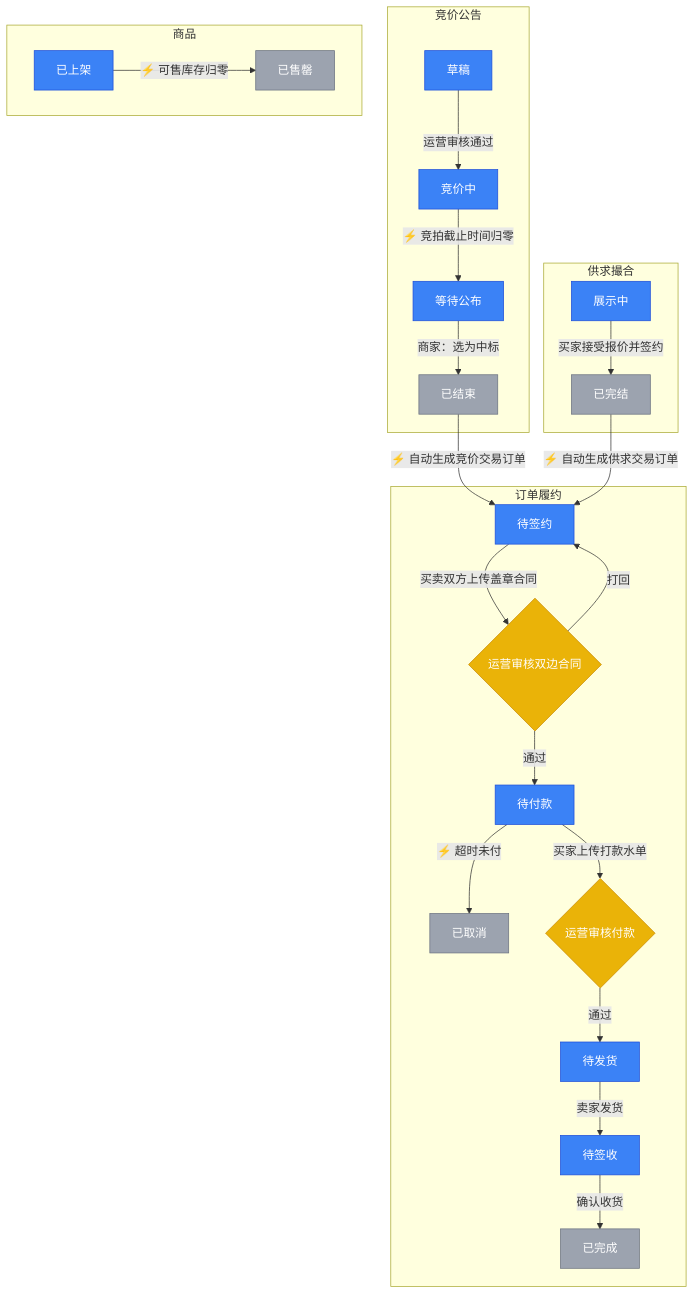
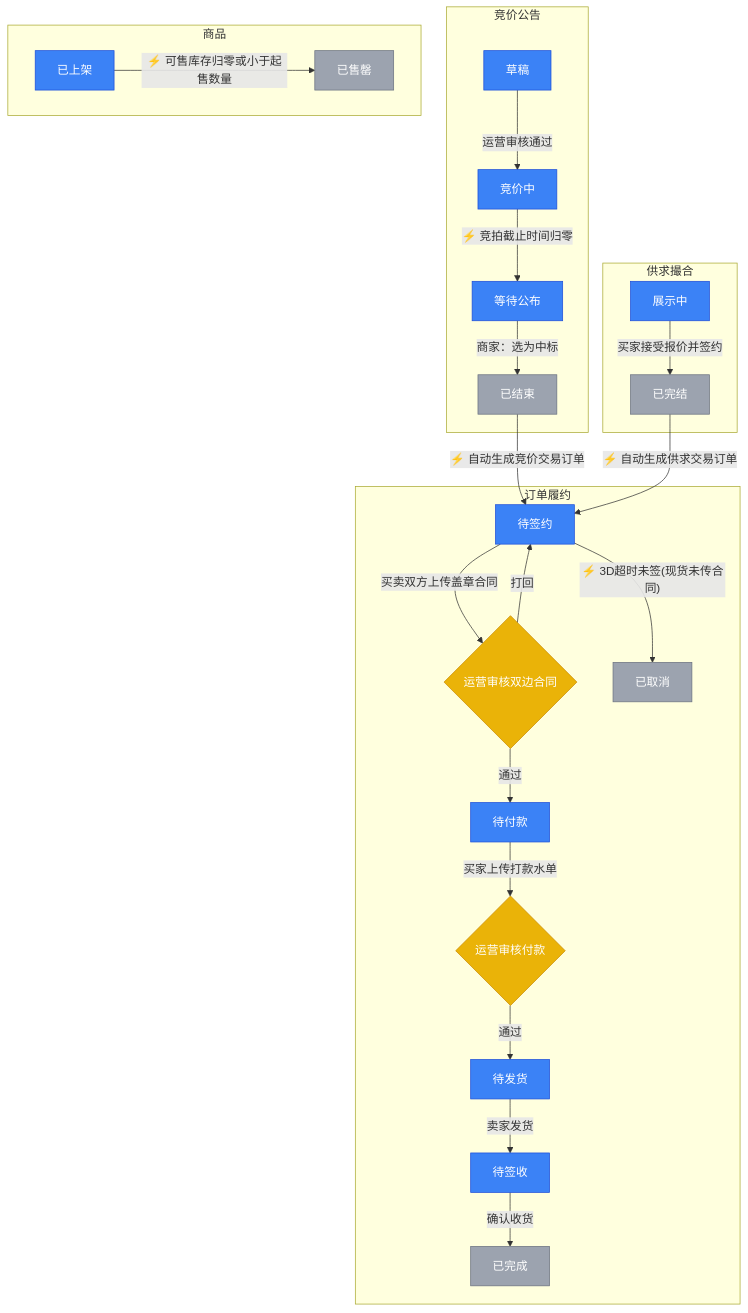
One commit to barry0-0/sahngliu changed the eighth of 8 diagrams in Summary/字段表整理文档_完整版.md. Above: the diagram before and after it, drawn with Mermaid. The commit also changed other lines of this file and 10 other files, not shown here.

````diff
--- a/Summary/字段表整理文档_完整版.md
+++ b/Summary/字段表整理文档_完整版.md
@@ -1264,50 +1280,50 @@
 ```mermaid
 flowchart TB
     subgraph sub46 ["竞价公告"]
         A1["草稿"]
         A2["竞价中"]
         A3["等待公布"]
         A4["已结束"]
     end
     subgraph sub47 ["订单履约"]
         O0["待签约"]
         J1{"运营审核双边合同"}
         O1["待付款"]
         OC["已取消"]
         J2{"运营审核付款"}
         O2["待发货"]
         O3["待签收"]
         O4["已完成"]
     end
     subgraph sub48 ["商品"]
         P1["已上架"]
         P2["已售罄"]
     end
     subgraph sub50 ["供求撮合"]
         D1["展示中"]
         D2["已完结"]
     end
     A1 -->|"运营审核通过"| A2
     A2 -->|"⚡ 竞拍截止时间归零"| A3
     A3 -->|"商家：选为中标"| A4
     O0 -->|"买卖双方上传盖章合同"| J1
     J1 -->|"通过"| O1
     J1 -->|"打回"| O0
-    O1 -->|"⚡ 超时未付"| OC
+    O0 -->|"⚡ 3D超时未签(现货未传合同)"| OC
     O1 -->|"买家上传打款水单"| J2
     J2 -->|"通过"| O2
     O2 -->|"卖家发货"| O3
     O3 -->|"确认收货"| O4
-    P1 -->|"⚡ 可售库存归零"| P2
+    P1 -->|"⚡ 可售库存归零或小于起售数量"| P2
     D1 -->|"买家接受报价并签约"| D2
     A4 -->|"⚡ 自动生成竞价交易订单"| O0
     D2 -->|"⚡ 自动生成供求交易订单"| O0
     classDef state fill:#3b82f6,stroke:#1d4ed8,color:#fff;
     classDef btn fill:#22c55e,stroke:#16a34a,color:#fff;
     classDef judge fill:#eab308,stroke:#ca8a04,color:#fff;
     classDef endState fill:#9ca3af,stroke:#6b7280,color:#fff;
-    class A1,A2,A3,O0,O1,O2,O3,P1,G1,D1 state
+    class A1,A2,A3,O0,O1,O2,O3,P1,D1 state
     class J1,J2 judge
-    class A4,OC,O4,P2,G2,D2 endState
-    %% mermaid-flow:pos A1=145,107 A2=145,201 A3=145,345 A4=145,439 O0=310,583 J1=310,691 O1=310,799 OC=394,907 J2=181,907 O2=181,1015 O3=181,1109 O4=181,1203 P1=323,107 P2=323,201 G1=511,107 G2=511,201 D1=399,345 D2=399,439
+    class A4,OC,O4,P2,D2 endState
+    %% mermaid-flow:pos A1=145,107 A2=145,201 A3=145,345 A4=145,439 O0=310,583 J1=310,691 O1=310,799 OC=394,907 J2=181,907 O2=181,1015 O3=181,1109 O4=181,1203 P1=323,107 P2=323,201 D1=399,345 D2=399,439
 ```
````
